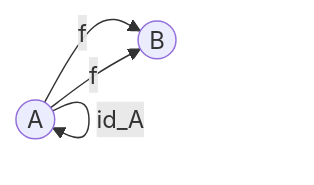
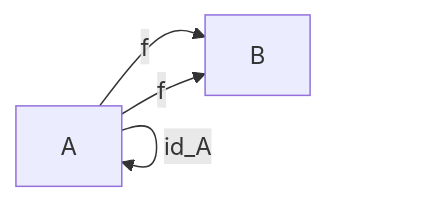
The fifth of 7 diagrams in docs/category_theory.md (but212/rustica), drawn with Mermaid before and after one commit. The commit also changed other lines of this file, not shown here.

Commit message:
solve the mermaid expression in category_theory.md

````diff
--- a/docs/category_theory.md
+++ b/docs/category_theory.md
@@ -76,6 +76,6 @@
 ```mermaid
 graph LR
-    A((A)) -- "id_A" --> A
-    A -- "f" --> B((B))
-    A -- "f" --> B
+    A["A"] --> |"id_A"| A
+    A --> |"f"| B["B"]
+    A --> |"f"| B
 ```
````
